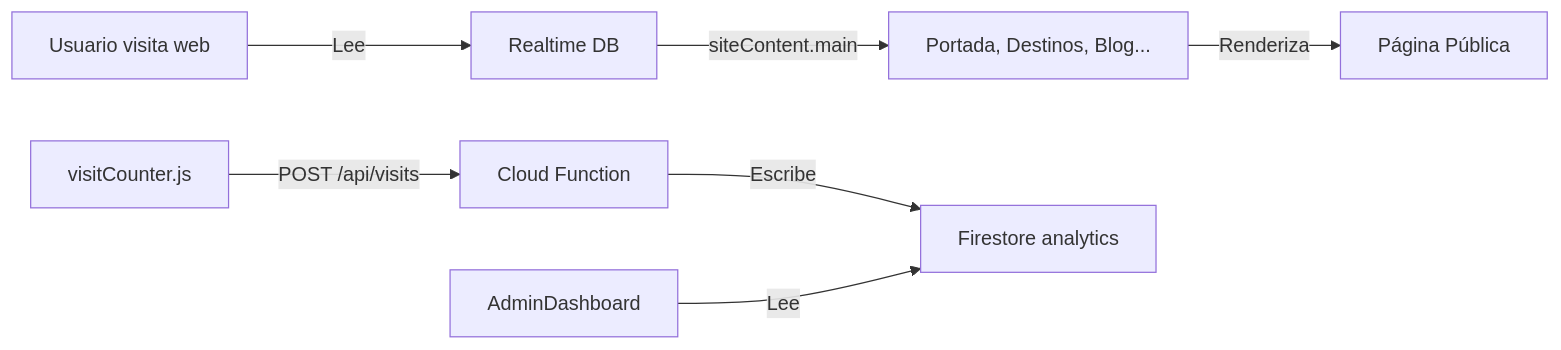
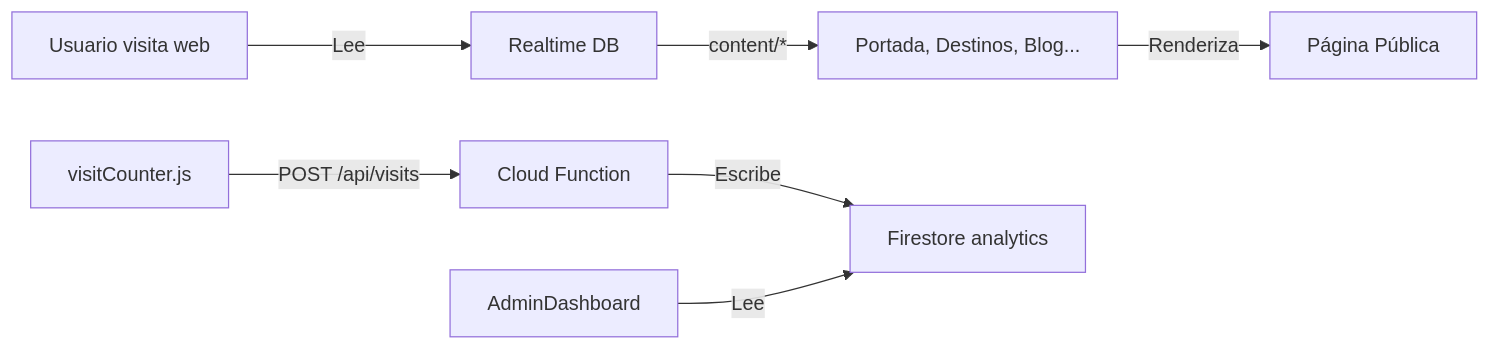
The first of 3 diagrams in DATABASE_ARCHITECTURE.md (PPNDEV/turismoSantarosa), drawn with Mermaid before and after one commit. The commit also changed other lines of this file and 58 other files, not shown here.

````diff
--- a/DATABASE_ARCHITECTURE.md
+++ b/DATABASE_ARCHITECTURE.md
@@ -187,9 +188,9 @@
 ```mermaid
 graph LR
     A[Usuario visita web] -->|Lee| B[Realtime DB]
-    B -->|siteContent.main| C[Portada, Destinos, Blog...]
+        B -->|content/*| C[Portada, Destinos, Blog...]
     C -->|Renderiza| D[Página Pública]
     E[visitCounter.js] -->|POST /api/visits| F[Cloud Function]
     F -->|Escribe| G[Firestore analytics]
     H[AdminDashboard] -->|Lee| G
 ```
````
